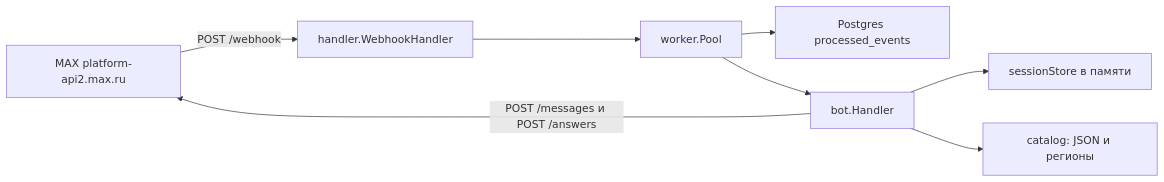
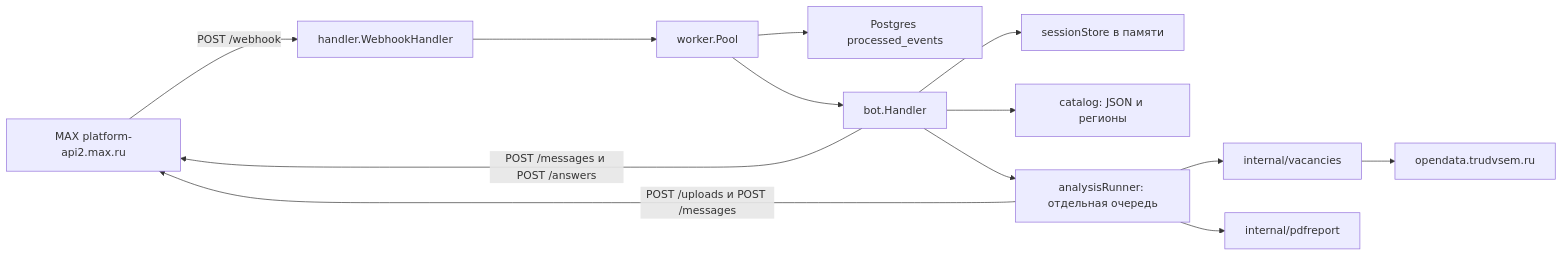
One commit to sssfind/Max-hack changed the first of 3 diagrams in docs/architecture.md. Above: the diagram before and after it, drawn with Mermaid. The commit also changed other lines of this file and 26 other files, not shown here.

````diff
--- a/docs/architecture.md
+++ b/docs/architecture.md
@@ -9,10 +9,15 @@
 ```mermaid
 flowchart LR
   MAX["MAX platform-api2.max.ru"] -->|"POST /webhook"| WH["handler.WebhookHandler"]
   WH --> Pool["worker.Pool"]
   Pool --> PG["Postgres processed_events"]
   Pool --> Bot["bot.Handler"]
   Bot --> Sess["sessionStore в памяти"]
   Bot --> Cat["catalog: JSON и регионы"]
+  Bot --> Analyze["analysisRunner: отдельная очередь"]
+  Analyze --> Vac["internal/vacancies"]
+  Vac --> Trud["opendata.trudvsem.ru"]
+  Analyze --> PDF["internal/pdfreport"]
   Bot -->|"POST /messages и POST /answers"| MAX
+  Analyze -->|"POST /uploads и POST /messages"| MAX
 ```
````
